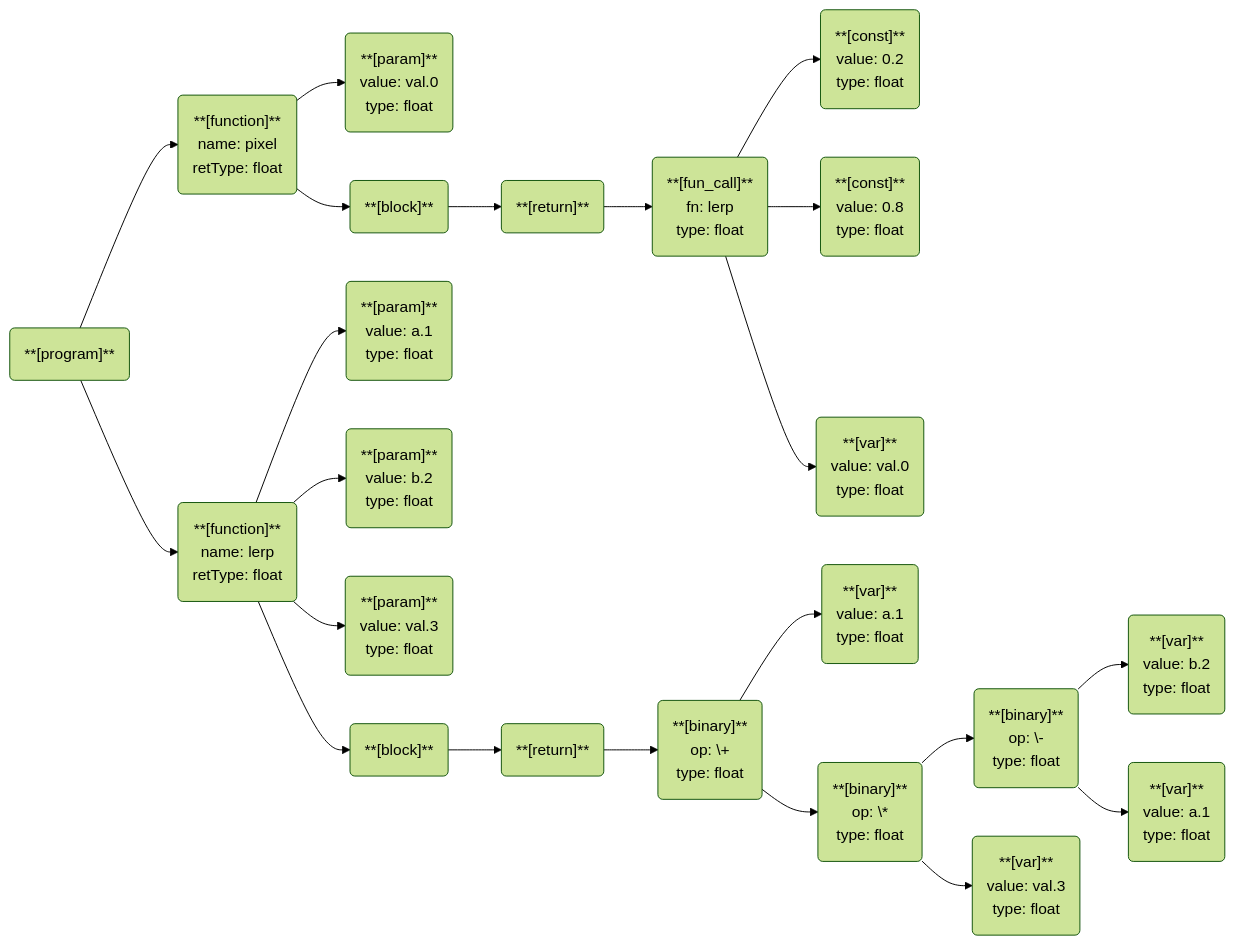
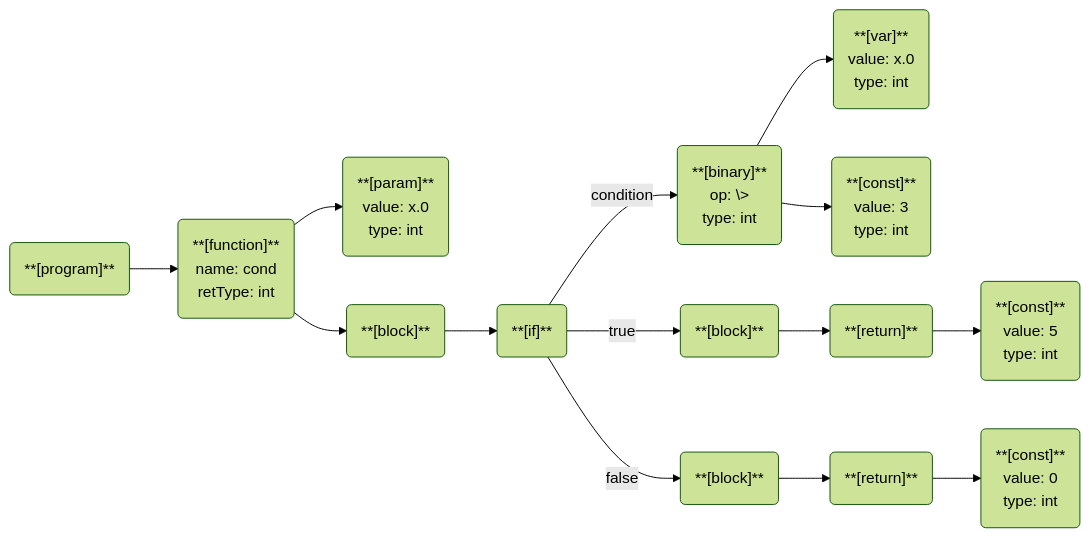
The diagram in ast.md (subreax/sparkc), drawn with Mermaid (forest theme) before and after one commit. The commit also changed 24 other files, not shown here.

Commit message:
Add constant folding. Add control flow graph. Fixes

````diff
--- a/ast.md
+++ b/ast.md
@@ -1,80 +1,44 @@
 ```mermaid
 flowchart LR
 id0("**[program]**")
 id1("**[function]**
-name: pixel
-retType: float")
+name: cond
+retType: int")
 id2("**[param]**
-value: val.0
-type: float")
+value: x.0
+type: int")
 id1 --> id2
 id3("**[block]**")
-id4("**[return]**")
-id5("**[fun_call]**
-fn: lerp
-type: float")
-id6("**[const]**
-value: 0.2
-type: float")
+id4("**[if]**")
+id5("**[binary]**
+op: \>
+type: int")
+id6("**[var]**
+value: x.0
+type: int")
 id5 --> id6
 id7("**[const]**
-value: 0.8
-type: float")
+value: 3
+type: int")
 id5 --> id7
-id8("**[var]**
-value: val.0
-type: float")
-id5 --> id8
-id4 --> id5
+id4 -->|condition| id5
+id8("**[block]**")
+id9("**[return]**")
+id10("**[const]**
+value: 5
+type: int")
+id9 --> id10
+id8 --> id9
+id4 -->|true| id8
+id11("**[block]**")
+id12("**[return]**")
+id13("**[const]**
+value: 0
+type: int")
+id12 --> id13
+id11 --> id12
+id4 -->|false| id11
 id3 --> id4
 id1 --> id3
 id0 --> id1
-id9("**[function]**
-name: lerp
-retType: float")
-id10("**[param]**
-value: a.1
-type: float")
-id9 --> id10
-id11("**[param]**
-value: b.2
-type: float")
-id9 --> id11
-id12("**[param]**
-value: val.3
-type: float")
-id9 --> id12
-id13("**[block]**")
-id14("**[return]**")
-id15("**[binary]**
-op: \+
-type: float")
-id16("**[var]**
-value: a.1
-type: float")
-id15 --> id16
-id17("**[binary]**
-op: \*
-type: float")
-id18("**[binary]**
-op: \-
-type: float")
-id19("**[var]**
-value: b.2
-type: float")
-id18 --> id19
-id20("**[var]**
-value: a.1
-type: float")
-id18 --> id20
-id17 --> id18
-id21("**[var]**
-value: val.3
-type: float")
-id17 --> id21
-id15 --> id17
-id14 --> id15
-id13 --> id14
-id9 --> id13
-id0 --> id9
 ```
````
